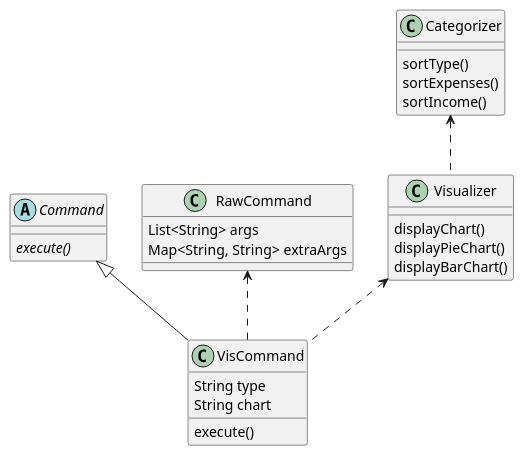
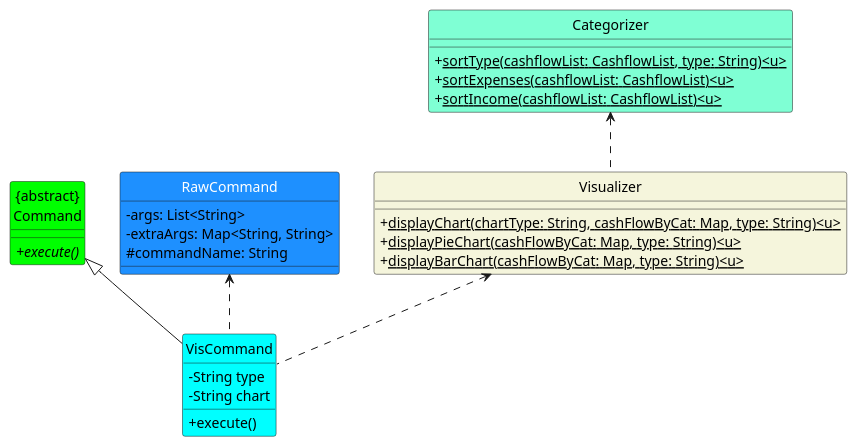
The diagram in docs/diagrams/vis/visualisationClass.puml (nus-cs2113-AY2324S1/tp), drawn with PlantUML before and after one commit. The commit also changed 1 other file, not shown here.

Commit message:
Update class diagram for Visualization

```diff
--- a/docs/diagrams/vis/visualisationClass.puml
+++ b/docs/diagrams/vis/visualisationClass.puml
@@ -1,36 +1,43 @@
 @startuml
 'https://plantuml.com/class-diagram
 
-abstract class Command {
-execute() {abstract}
+skinparam classFontColor automatic
+
+
+class "{abstract}\nCommand"  #lime {
++execute() {abstract}
 }
 
-class VisCommand {
-String type
-String chart
-execute()
+class VisCommand #Cyan {
+-String type
+-String chart
++execute()
 }
 
-class RawCommand {
-List<String> args
-Map<String, String> extraArgs
+class RawCommand #DodgerBlue {
+-args: List<String>
+-extraArgs: Map<String, String>
+#commandName: String
 }
 
-class Categorizer {
-sortType()
-sortExpenses()
-sortIncome()
+class Categorizer #AquaMarine {
++<u>sortType(cashflowList: CashflowList, type: String)<u>
++<u>sortExpenses(cashflowList: CashflowList)<u>
++<u>sortIncome(cashflowList: CashflowList)<u>
 }
 
-class Visualizer {
-displayChart()
-displayPieChart()
-displayBarChart()
+class Visualizer #Beige {
++<u>displayChart(chartType: String, cashFlowByCat: Map, type: String)<u>
++ <u>displayPieChart(cashFlowByCat: Map, type: String)<u>
++ <u>displayBarChart(cashFlowByCat: Map, type: String)<u>
 }
 
-Command <|-- VisCommand
+"{abstract}\nCommand" <|-- VisCommand
 RawCommand <.. VisCommand
 Categorizer <.. Visualizer
 Visualizer <.. VisCommand
 
+hide Circle
+skinparam classAttributeIconSize 0
+
 @enduml
```
